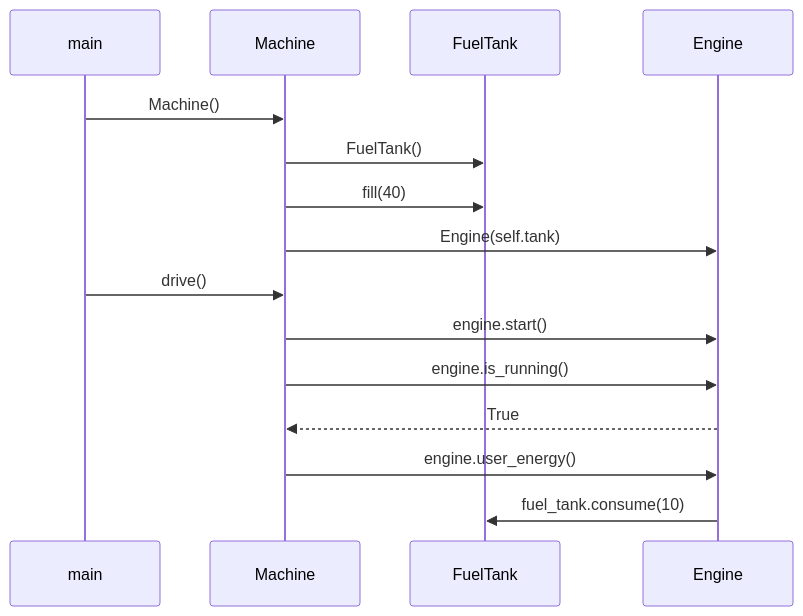
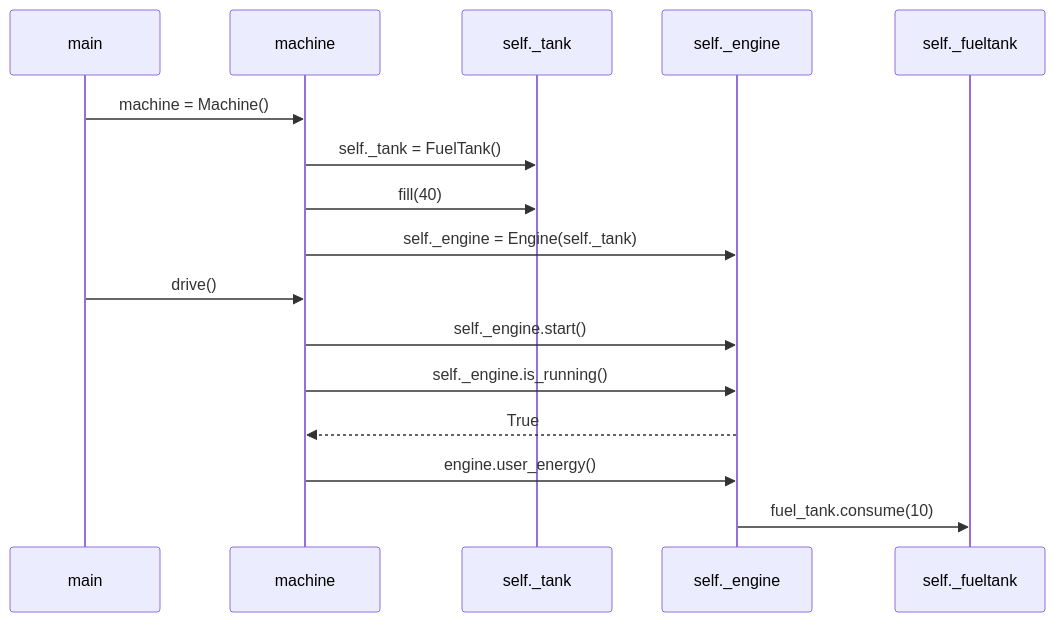
The diagram in laskarit/viikko3/sequence_diagram.md (user7888/ot-harjoitustyo), drawn with Mermaid before and after one commit.

Commit message:
update sequence_diagram

````diff
--- a/laskarit/viikko3/sequence_diagram.md
+++ b/laskarit/viikko3/sequence_diagram.md
@@ -1,14 +1,13 @@
 ```mermaid
  sequenceDiagram
-      main->>Machine: Machine()
-      Machine->>FuelTank: FuelTank()
-      Machine->>FuelTank: fill(40)
-      Machine->>Engine: Engine(self.tank)
-      main->>Machine: drive()
-      Machine->>Engine: engine.start()
-      Machine->>Engine: engine.is_running()
-      Engine-->>Machine: True
-      Machine->>Engine: engine.user_energy()
-      Engine->>FuelTank: fuel_tank.consume(10)
-
+      main->>machine: machine = Machine()
+      machine->>self._tank: self._tank = FuelTank()
+      machine->>self._tank: fill(40)
+      machine->>self._engine: self._engine = Engine(self._tank)
+      main->>machine: drive()
+      machine->>self._engine: self._engine.start()
+      machine->>self._engine: self._engine.is_running()
+      self._engine-->>machine: True
+      machine->>self._engine: engine.user_energy()
+      self._engine->>self._fueltank: fuel_tank.consume(10)
 ```
````
